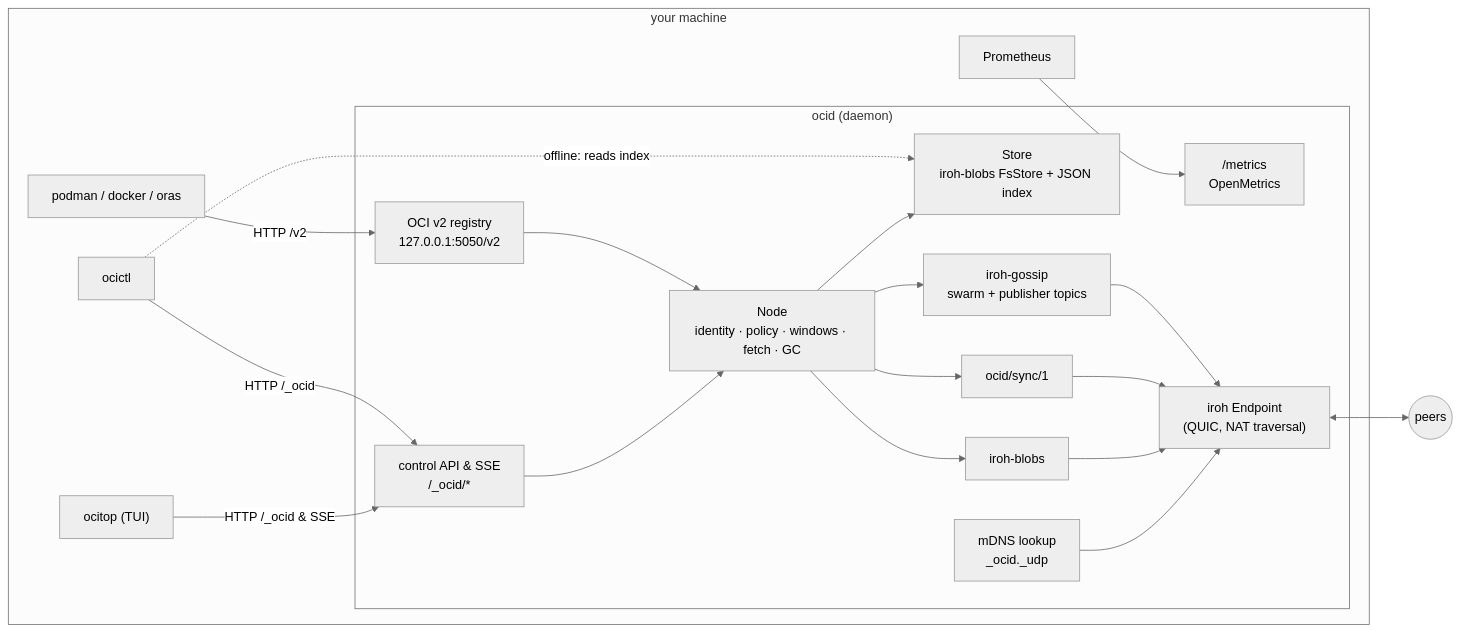
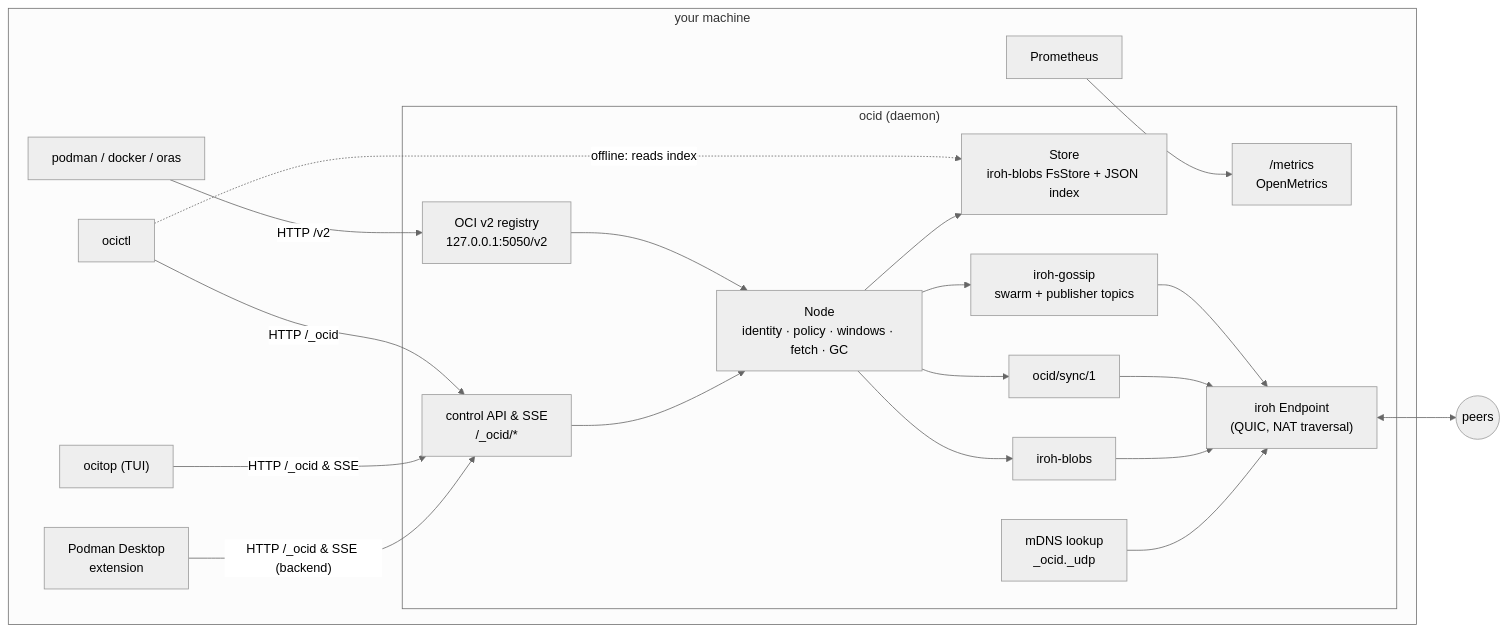
Before and after one commit to safonas/ocid: the first of 10 diagrams in docs/DESIGN.md, drawn with Mermaid (neutral theme). The commit also changed other lines of this file and 3 other files, not shown here.

First line of the commit message:
docs: catch up design docs with the Podman Desktop extension (#27)

````diff
--- a/docs/DESIGN.md
+++ b/docs/DESIGN.md
@@ -25,39 +25,41 @@
 ```mermaid
 flowchart LR
     subgraph host["your machine"]
         podman["podman / docker / oras"]
         cli["ocictl"]
         tui["ocitop (TUI)"]
+        ext["Podman Desktop<br/>extension"]
         prom["Prometheus"]
         subgraph node["ocid (daemon)"]
             reg["OCI v2 registry<br/>127.0.0.1:5050/v2"]
             ctl["control API & SSE<br/>/_ocid/*"]
             met["/metrics<br/>OpenMetrics"]
             core["Node<br/>identity · policy · windows · fetch · GC"]
             store["Store<br/>iroh-blobs FsStore + JSON index"]
             gossip["iroh-gossip<br/>swarm + publisher topics"]
             sync["ocid/sync/1"]
             blobs["iroh-blobs"]
             mdns["mDNS lookup<br/>_ocid._udp"]
             ep["iroh Endpoint<br/>(QUIC, NAT traversal)"]
         end
     end
     swarm(("peers"))
 
     podman -- "HTTP /v2" --> reg
     cli -- "HTTP /_ocid" --> ctl
     tui -- "HTTP /_ocid & SSE" --> ctl
+    ext -- "HTTP /_ocid & SSE (backend)" --> ctl
     cli -. "offline: reads index" .-> store
     prom --> met
     reg --> core
     ctl --> core
     core --> store
     core --> gossip
     core --> sync
     core --> blobs
     gossip --> ep
     sync --> ep
     blobs --> ep
     mdns --> ep
     ep <--> swarm
 ```
````
